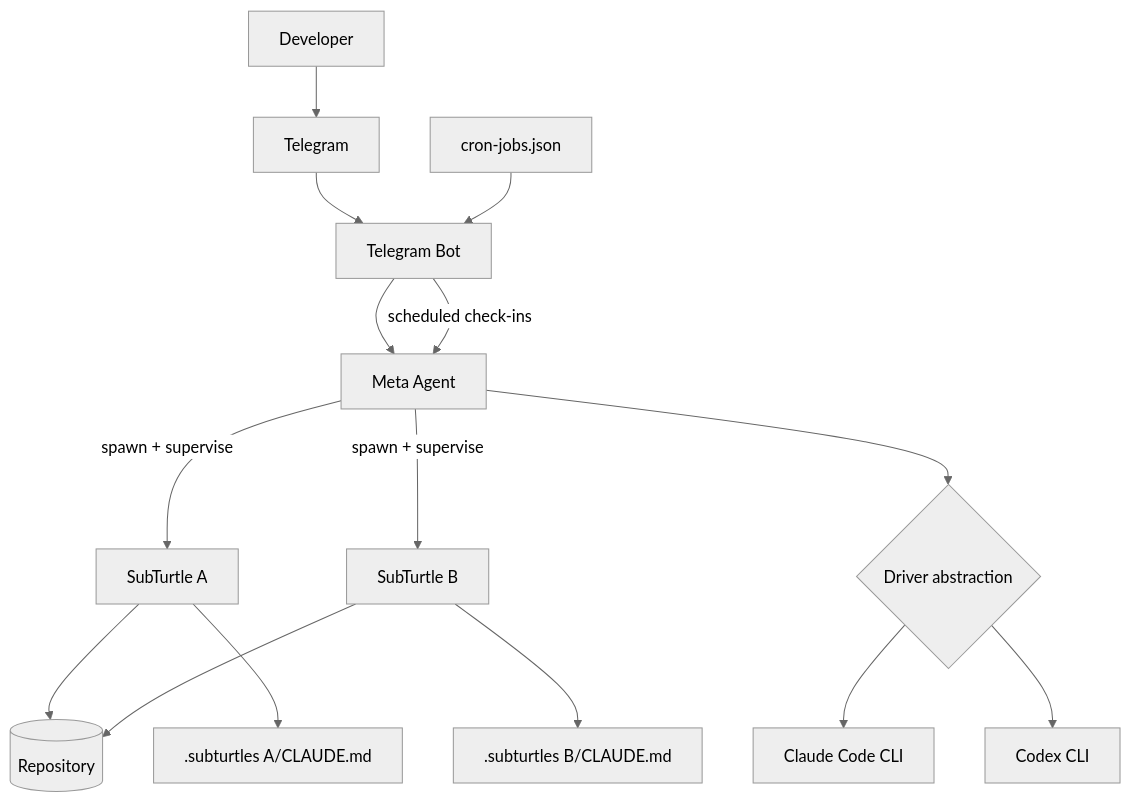
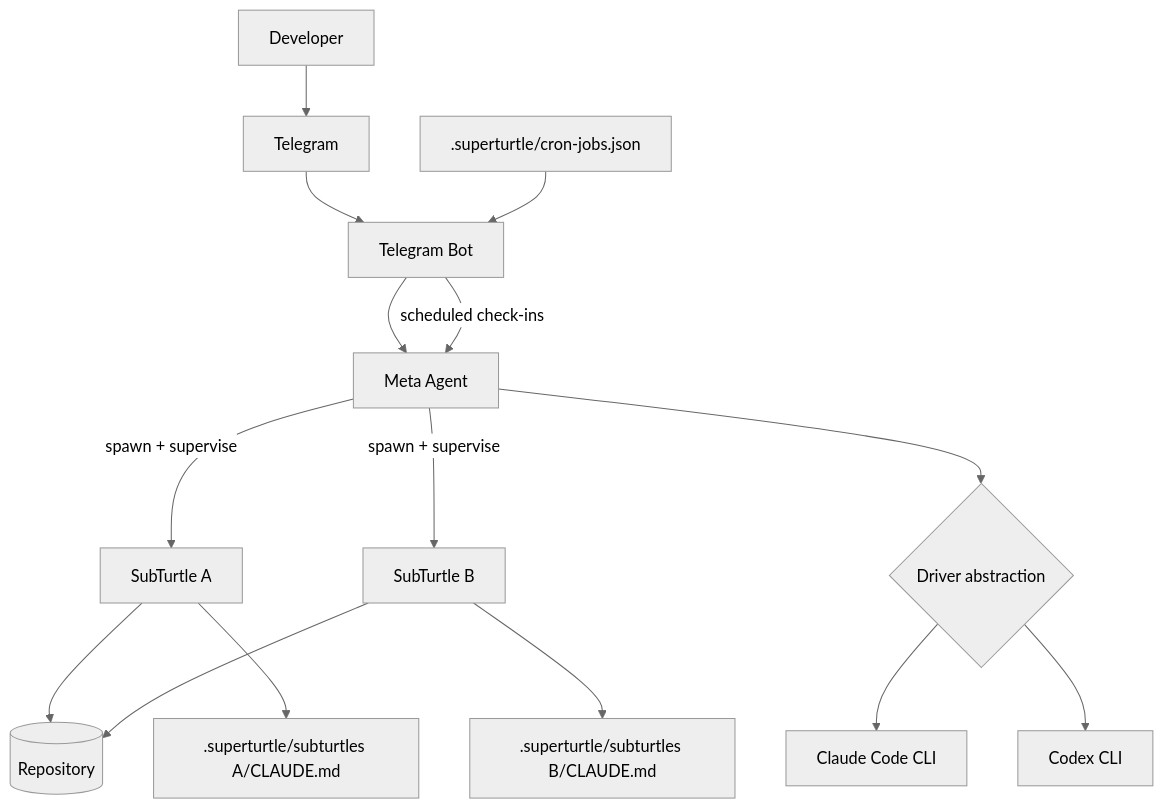
Before and after one commit to turtleagent/site: the diagram in docs/architecture.mdx, drawn with Mermaid (neutral theme). The commit also changed other lines of this file and 13 other files, not shown here.

````diff
--- a/docs/architecture.mdx
+++ b/docs/architecture.mdx
@@ -19,21 +19,21 @@
 ```mermaid
 flowchart TD
     U[Developer] --> TG[Telegram]
     TG --> B[Telegram Bot]
     B --> M[Meta Agent]
 
     M -->|spawn + supervise| ST1[SubTurtle A]
     M -->|spawn + supervise| ST2[SubTurtle B]
 
     M --> D{Driver abstraction}
     D --> C[Claude Code CLI]
     D --> X[Codex CLI]
 
     ST1 --> R[(Repository)]
     ST2 --> R
-    ST1 --> S1[.subturtles A/CLAUDE.md]
-    ST2 --> S2[.subturtles B/CLAUDE.md]
+    ST1 --> S1[.superturtle/subturtles A/CLAUDE.md]
+    ST2 --> S2[.superturtle/subturtles B/CLAUDE.md]
 
-    J[cron-jobs.json] --> B
+    J[.superturtle/cron-jobs.json] --> B
     B -->|scheduled check-ins| M
 ```
````
